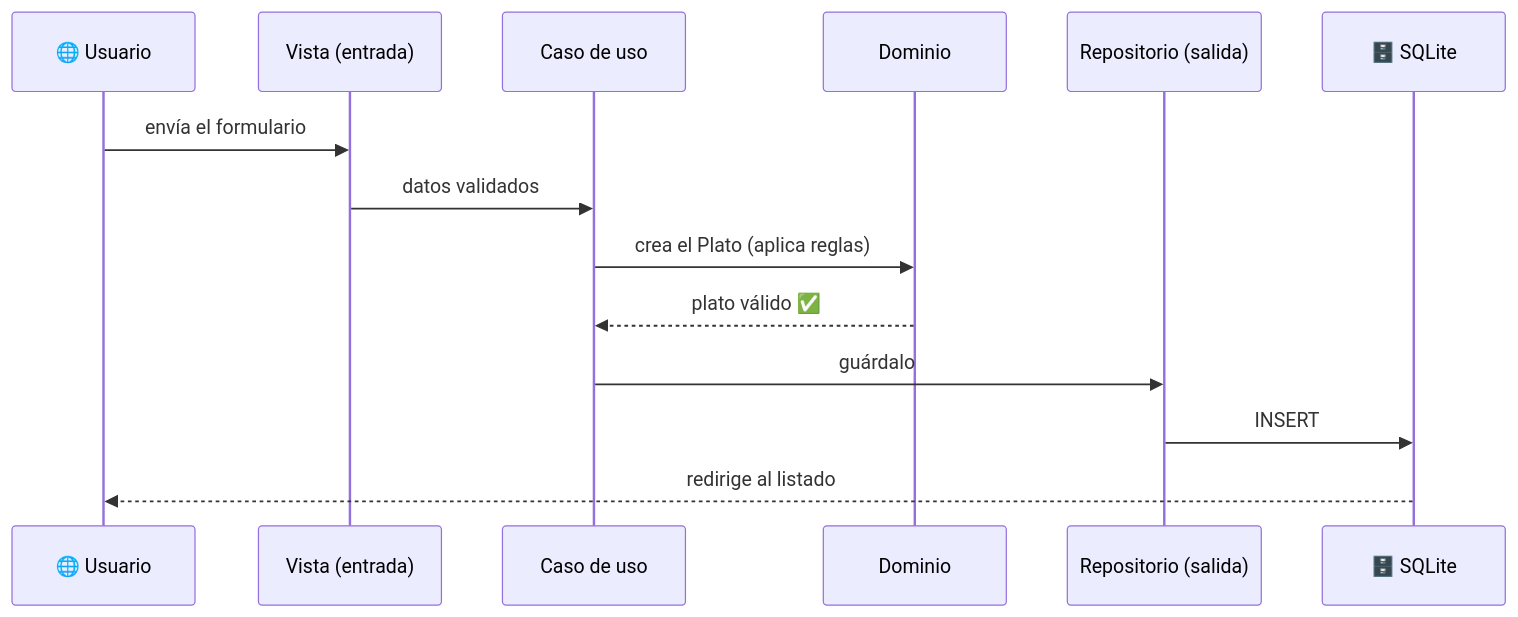
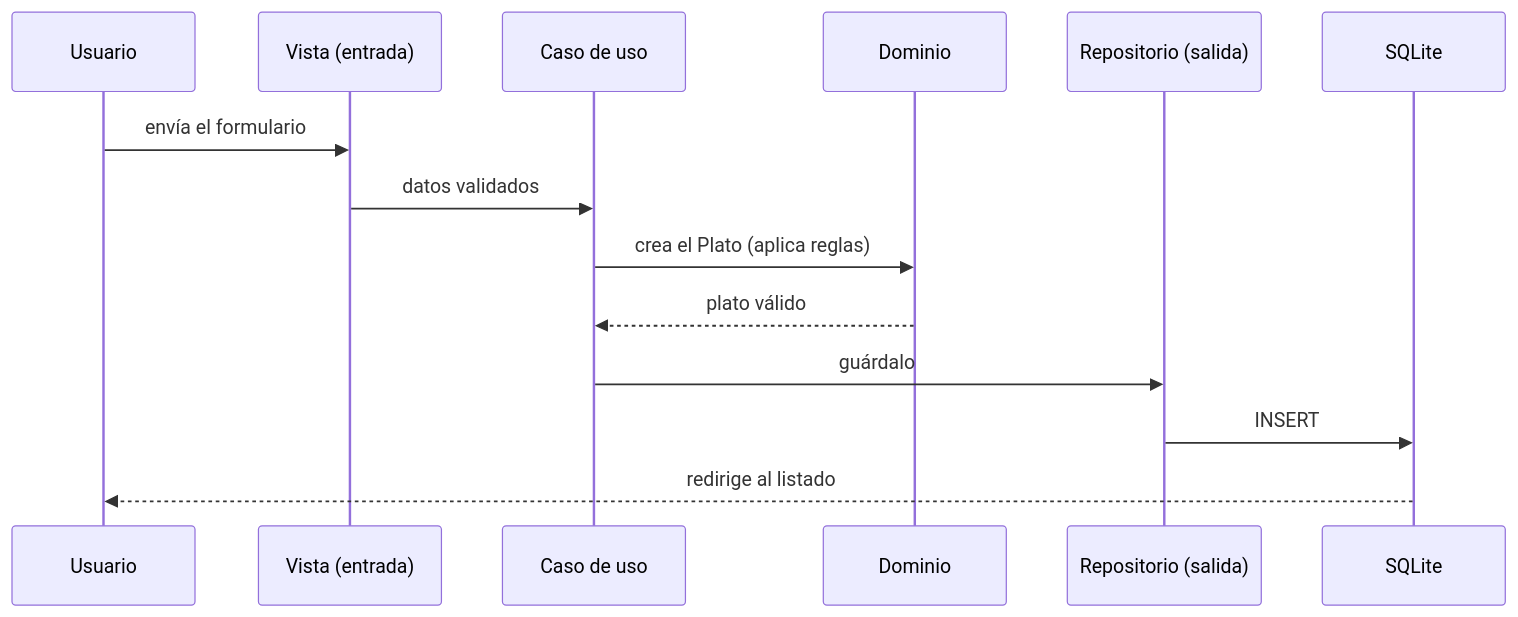
One commit to claudio4ndres/foodplease changed the fourth of 4 diagrams in README.md. Above: the diagram before and after it, drawn with Mermaid. The commit also changed other lines of this file, not shown here.

````diff
--- a/README.md
+++ b/README.md
@@ -195,17 +191,17 @@
 ```mermaid
 sequenceDiagram
-    participant U as 🌐 Usuario
+    participant U as Usuario
     participant V as Vista (entrada)
     participant C as Caso de uso
     participant D as Dominio
     participant R as Repositorio (salida)
-    participant B as 🗄️ SQLite
+    participant B as SQLite
 
     U->>V: envía el formulario
     V->>C: datos validados
     C->>D: crea el Plato (aplica reglas)
-    D-->>C: plato válido ✅
+    D-->>C: plato válido
     C->>R: guárdalo
     R->>B: INSERT
     B-->>U: redirige al listado
 ```
````
